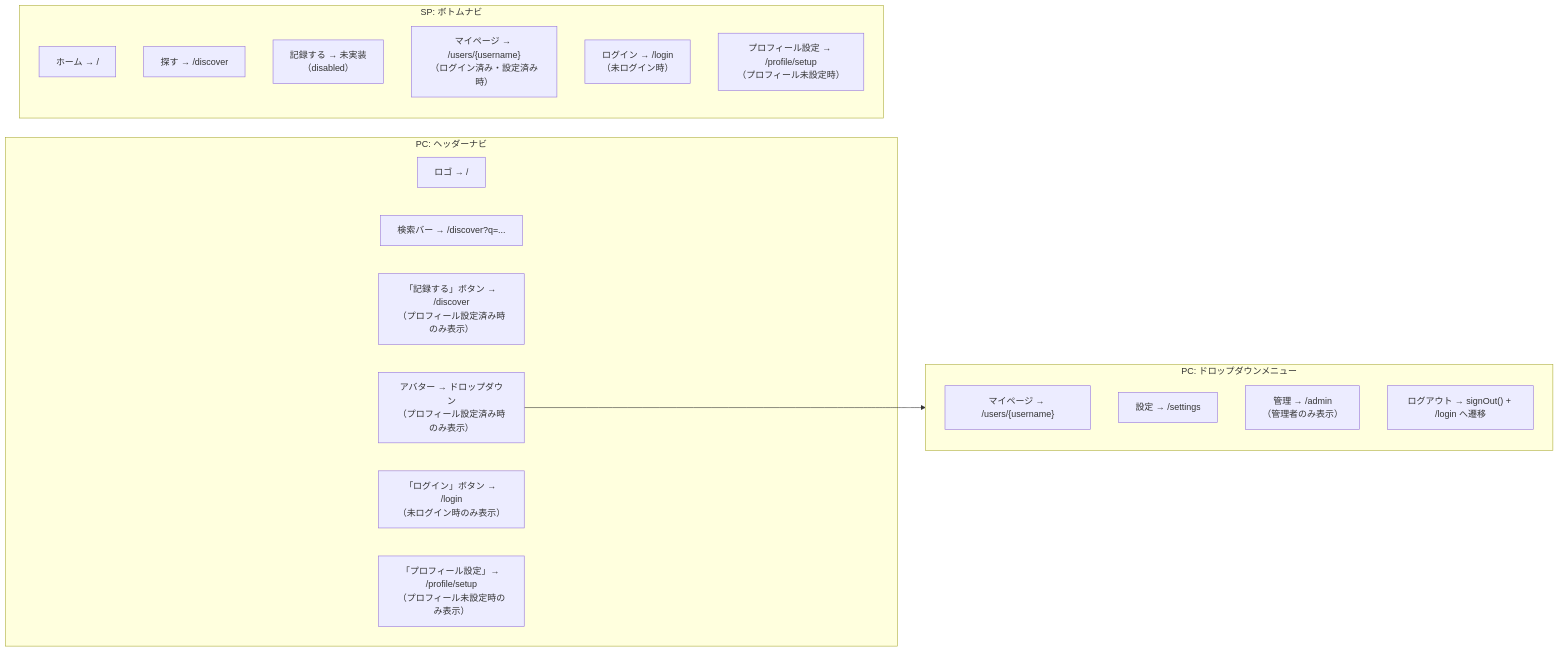
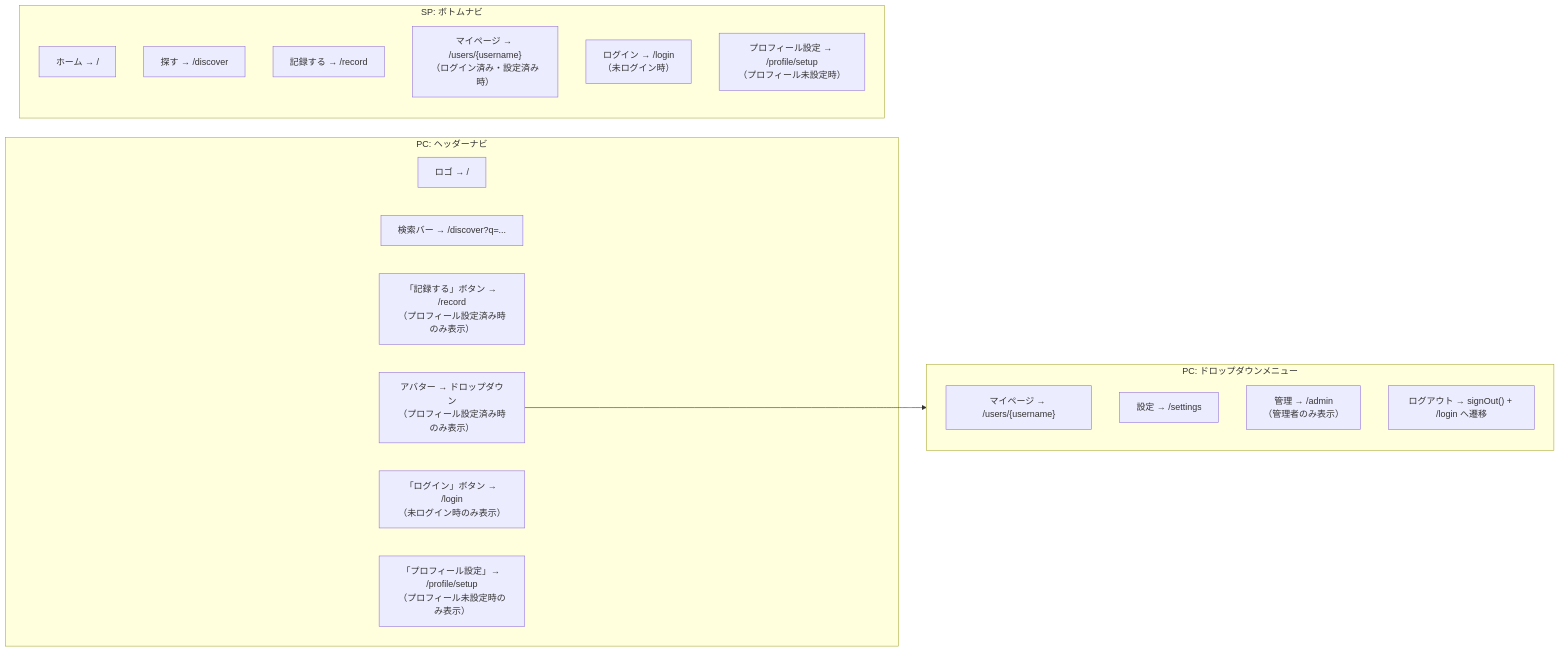
Before and after one commit to Koseeee-27/podlog: the third of 3 diagrams in frontend/docs/screens.md, drawn with Mermaid. The commit also changed other lines of this file, not shown here.

First line of the commit message:
docs: screens.md の /record 記述を実装済みに合わせて更新

````diff
--- a/frontend/docs/screens.md
+++ b/frontend/docs/screens.md
@@ -196,29 +196,29 @@
 ```mermaid
 flowchart LR
     subgraph PC["PC: ヘッダーナビ"]
         PC_LOGO["ロゴ → /"]
         PC_SEARCH["検索バー → /discover?q=..."]
-        PC_RECORD["「記録する」ボタン → /discover<br>（プロフィール設定済み時のみ表示）"]
+        PC_RECORD["「記録する」ボタン → /record<br>（プロフィール設定済み時のみ表示）"]
         PC_AVATAR["アバター → ドロップダウン<br>（プロフィール設定済み時のみ表示）"]
         PC_LOGIN_BTN["「ログイン」ボタン → /login<br>（未ログイン時のみ表示）"]
         PC_SETUP_BTN["「プロフィール設定」→ /profile/setup<br>（プロフィール未設定時のみ表示）"]
     end
 
     subgraph DROPDOWN["PC: ドロップダウンメニュー"]
         DD_MYPAGE["マイページ → /users/{username}"]
         DD_SETTINGS["設定 → /settings"]
         DD_ADMIN["管理 → /admin<br>（管理者のみ表示）"]
         DD_LOGOUT["ログアウト → signOut() + /login へ遷移"]
     end
 
     subgraph SP["SP: ボトムナビ"]
         SP_HOME["ホーム → /"]
         SP_DISCOVER["探す → /discover"]
-        SP_RECORD["記録する → 未実装<br>（disabled）"]
+        SP_RECORD["記録する → /record"]
         SP_USER["マイページ → /users/{username}<br>（ログイン済み・設定済み時）"]
         SP_LOGIN["ログイン → /login<br>（未ログイン時）"]
         SP_SETUP["プロフィール設定 → /profile/setup<br>（プロフィール未設定時）"]
     end
 
     PC_AVATAR --> DROPDOWN
 ```
````
